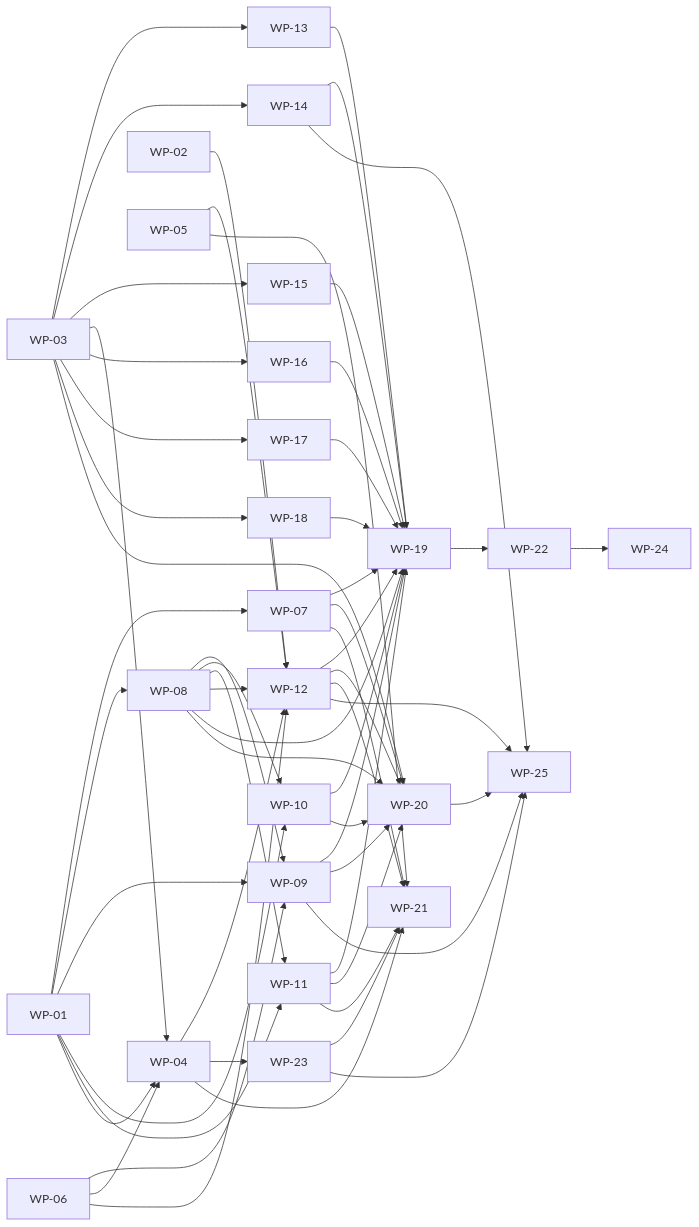
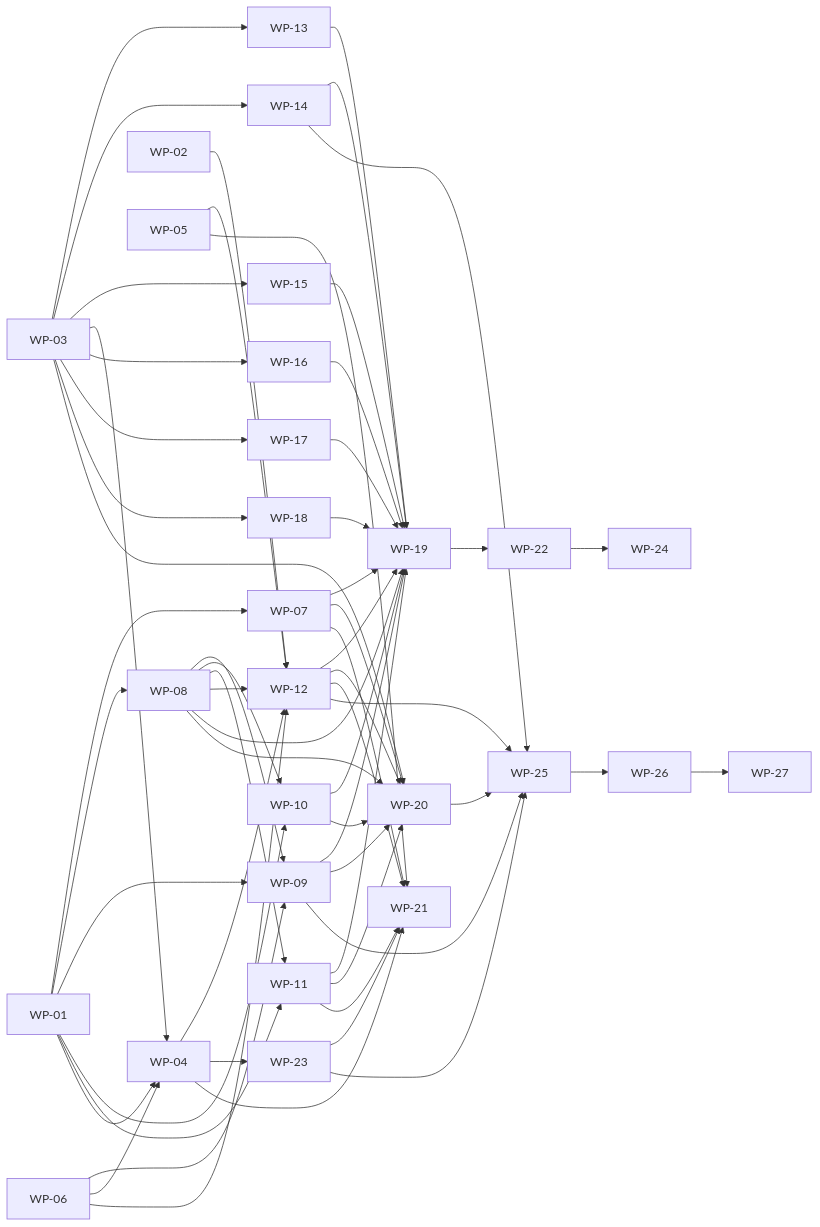
The diagram in docs/plan/WORK_PACKAGES.md (Cloud-CITI-AI/KR-Central-2), drawn with Mermaid before and after one commit. The commit also changed other lines of this file and 5 other files, not shown here.

````diff
--- a/docs/plan/WORK_PACKAGES.md
+++ b/docs/plan/WORK_PACKAGES.md
@@ -37,59 +39,61 @@
 ```mermaid
 flowchart LR
   WP01[WP-01] --> WP07[WP-07]
   WP01[WP-01] --> WP08[WP-08]
   WP01[WP-01] --> WP09[WP-09]
   WP06[WP-06] --> WP09[WP-09]
   WP08[WP-08] --> WP09[WP-09]
   WP03[WP-03] --> WP13[WP-13]
   WP03[WP-03] --> WP14[WP-14]
   WP01[WP-01] --> WP10[WP-10]
   WP08[WP-08] --> WP10[WP-10]
   WP01[WP-01] --> WP11[WP-11]
   WP08[WP-08] --> WP11[WP-11]
   WP03[WP-03] --> WP15[WP-15]
   WP01[WP-01] --> WP04[WP-04]
   WP03[WP-03] --> WP04[WP-04]
   WP06[WP-06] --> WP04[WP-04]
   WP03[WP-03] --> WP16[WP-16]
   WP02[WP-02] --> WP12[WP-12]
   WP04[WP-04] --> WP12[WP-12]
   WP05[WP-05] --> WP12[WP-12]
   WP06[WP-06] --> WP12[WP-12]
   WP08[WP-08] --> WP12[WP-12]
   WP03[WP-03] --> WP17[WP-17]
   WP03[WP-03] --> WP18[WP-18]
   WP07[WP-07] --> WP19[WP-19]
   WP08[WP-08] --> WP19[WP-19]
   WP09[WP-09] --> WP19[WP-19]
   WP10[WP-10] --> WP19[WP-19]
   WP11[WP-11] --> WP19[WP-19]
   WP12[WP-12] --> WP19[WP-19]
   WP13[WP-13] --> WP19[WP-19]
   WP14[WP-14] --> WP19[WP-19]
   WP15[WP-15] --> WP19[WP-19]
   WP16[WP-16] --> WP19[WP-19]
   WP17[WP-17] --> WP19[WP-19]
   WP18[WP-18] --> WP19[WP-19]
   WP03[WP-03] --> WP20[WP-20]
   WP07[WP-07] --> WP20[WP-20]
   WP08[WP-08] --> WP20[WP-20]
   WP09[WP-09] --> WP20[WP-20]
   WP10[WP-10] --> WP20[WP-20]
   WP11[WP-11] --> WP20[WP-20]
   WP12[WP-12] --> WP20[WP-20]
   WP04[WP-04] --> WP23[WP-23]
   WP04[WP-04] --> WP21[WP-21]
   WP05[WP-05] --> WP21[WP-21]
   WP07[WP-07] --> WP21[WP-21]
   WP11[WP-11] --> WP21[WP-21]
   WP12[WP-12] --> WP21[WP-21]
   WP23[WP-23] --> WP21[WP-21]
   WP19[WP-19] --> WP22[WP-22]
   WP22[WP-22] --> WP24[WP-24]
   WP09[WP-09] --> WP25[WP-25]
   WP12[WP-12] --> WP25[WP-25]
   WP14[WP-14] --> WP25[WP-25]
   WP20[WP-20] --> WP25[WP-25]
   WP23[WP-23] --> WP25[WP-25]
+  WP25[WP-25] --> WP26[WP-26]
+  WP26[WP-26] --> WP27[WP-27]
 ```
````
